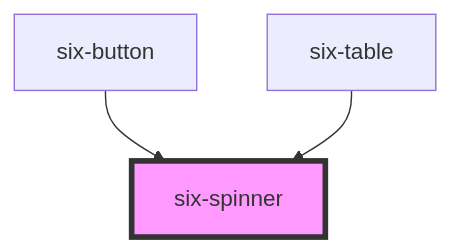
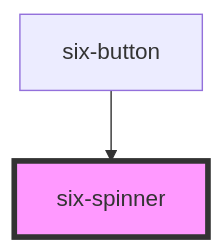
One commit to six-group/six-webcomponents changed the diagram in packages/ui-library/src/components/six-spinner/readme.md. Above: the diagram before and after it, drawn with Mermaid. The commit also changed other lines of this file and 158 other files, not shown here.

````diff
--- a/packages/ui-library/src/components/six-spinner/readme.md
+++ b/packages/ui-library/src/components/six-spinner/readme.md
@@ -39,6 +38,5 @@
 ```mermaid
 graph TD;
   six-button --> six-spinner
-  six-table --> six-spinner
   style six-spinner fill:#f9f,stroke:#333,stroke-width:4px
 ```
````
